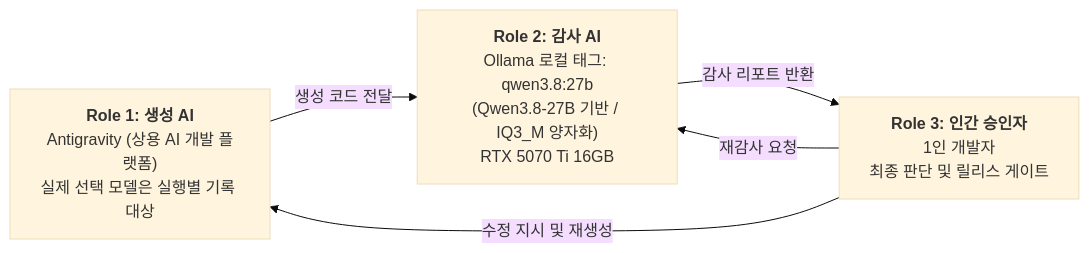
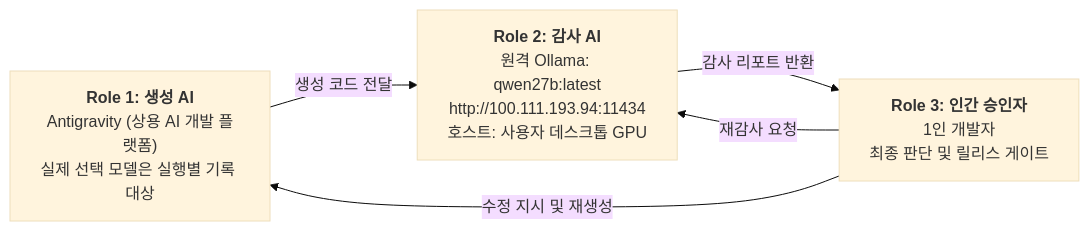
One commit to KBG183/kintai-management changed the first of 3 diagrams in docs/portfolio_audit_evidence_KO.md. Above: the diagram before and after it, drawn with Mermaid (base theme). The commit also changed other lines of this file and 1103 other files, not shown here.

````diff
--- a/docs/portfolio_audit_evidence_KO.md
+++ b/docs/portfolio_audit_evidence_KO.md
@@ -64,10 +64,10 @@
 ```mermaid
 flowchart LR
     A["<b>Role 1: 생성 AI</b><br>Antigravity (상용 AI 개발 플랫폼)<br>실제 선택 모델은 실행별 기록 대상"]
-    B["<b>Role 2: 감사 AI</b><br>Ollama 로컬 태그: qwen3.8:27b<br>(Qwen3.8-27B 기반 / IQ3_M 양자화)<br>RTX 5070 Ti 16GB"]
+    B["<b>Role 2: 감사 AI</b><br>원격 Ollama: qwen27b:latest<br>http://100.111.193.94:11434<br>호스트: 사용자 데스크톱 GPU"]
     C["<b>Role 3: 인간 승인자</b><br>1인 개발자<br>최종 판단 및 릴리스 게이트"]
     A -->|"생성 코드 전달"| B
     B -->|"감사 리포트 반환"| C
     C -->|"수정 지시 및 재생성"| A
     C -->|"재감사 요청"| B
 ```
````
